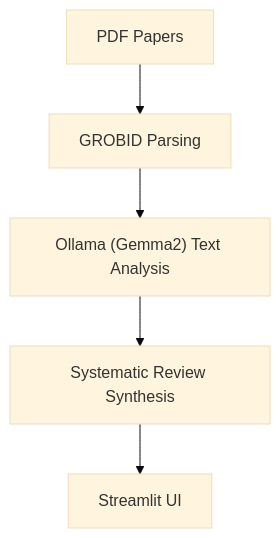
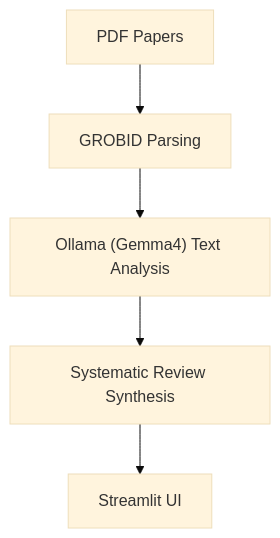
One commit to HyunchanAn/Dental_006 changed the diagram in README.md. Above: the diagram before and after it, drawn with Mermaid (base theme). The commit also changed other lines of this file and 16 other files, not shown here.

````diff
--- a/README.md
+++ b/README.md
@@ -13,7 +13,7 @@
 ```mermaid
 graph TD
     A["PDF Papers"] --> B["GROBID Parsing"]
-    B --> C["Ollama (Gemma2) Text Analysis"]
+    B --> C["Ollama (Gemma4) Text Analysis"]
     C --> D["Systematic Review Synthesis"]
     D --> E["Streamlit UI"]
 ```
````
